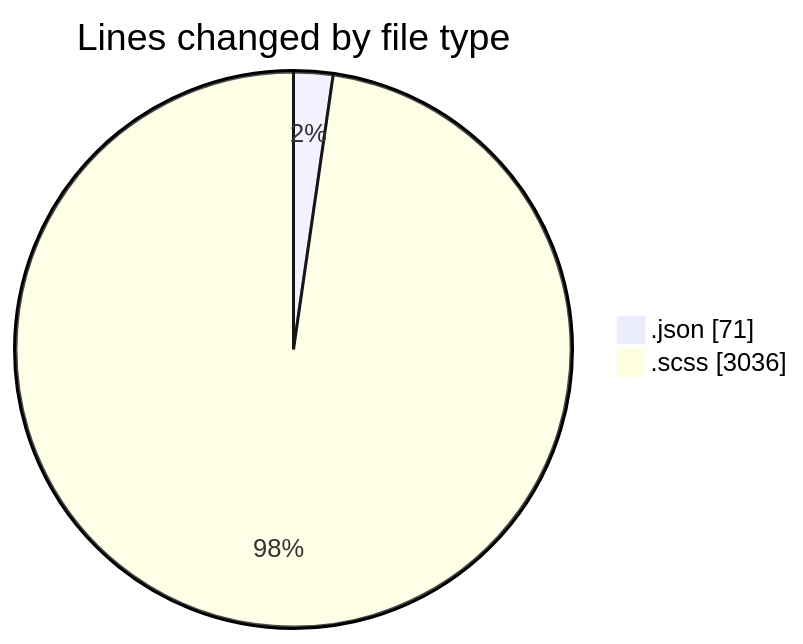
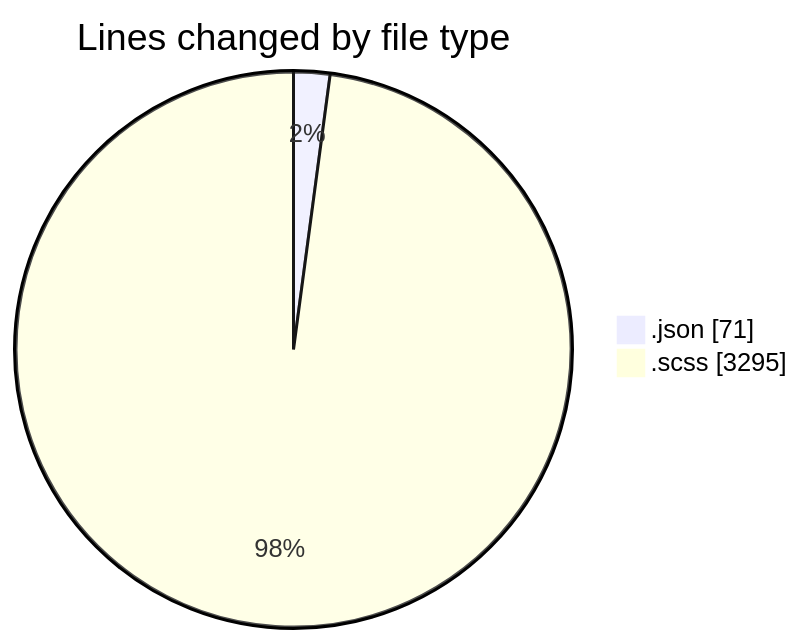
One commit to momahboobian/code-tracking changed the first of 2 diagrams in 2026-01-22/cda/README.md. Above: the diagram before and after it, drawn with Mermaid. The commit also changed other lines of this file and 1 other file, not shown here.

````diff
--- a/2026-01-22/cda/README.md
+++ b/2026-01-22/cda/README.md
@@ -37,6 +40,6 @@
 ```mermaid
 pie showData
 title Lines changed by file type
 ".json" : 71
-".scss" : 3036
+".scss" : 3295
 ```
````
